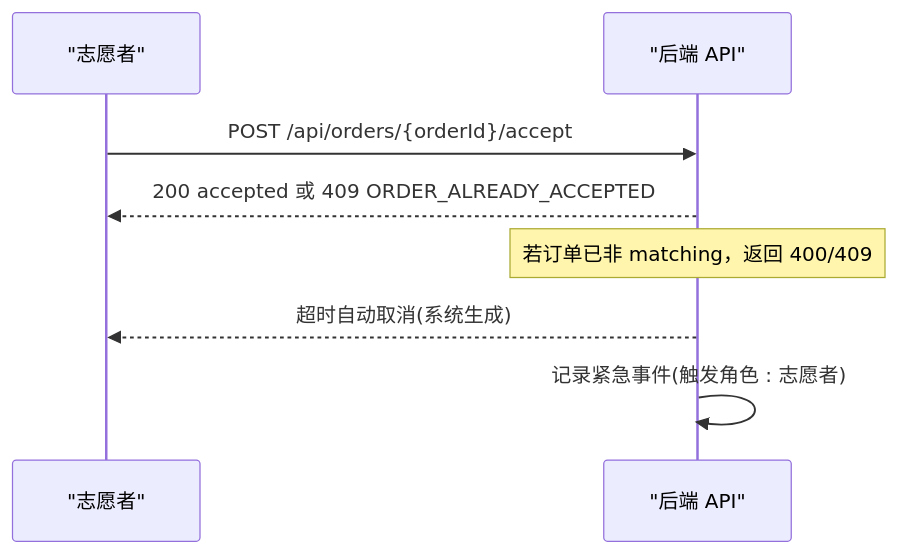
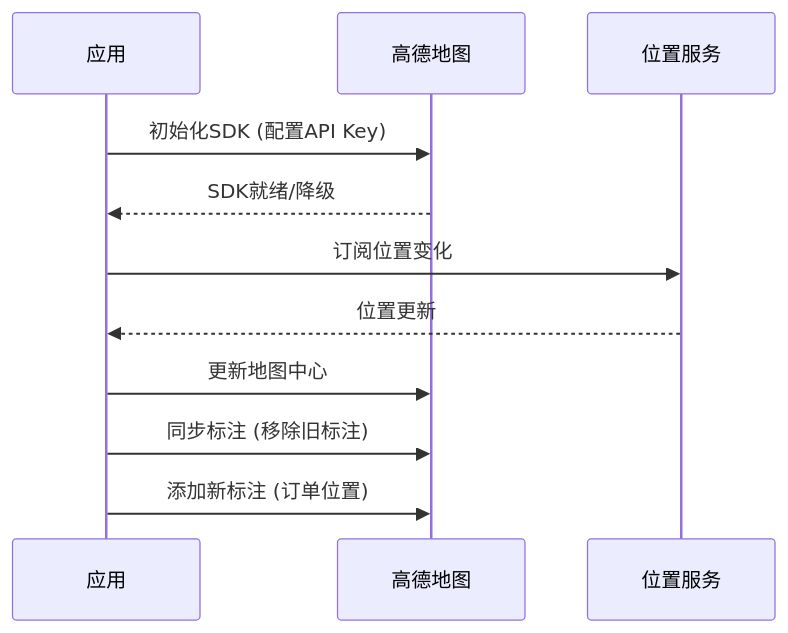
The ninth of 14 diagrams in .qoder/repowiki/zh/content/核心功能模块/志愿者功能/志愿者功能.md (Jayden23018/blind-run-ios), drawn with Mermaid before and after one commit. The commit also changed other lines of this file and 22 other files, not shown here.

````diff
--- a/.qoder/repowiki/zh/content/核心功能模块/志愿者功能/志愿者功能.md
+++ b/.qoder/repowiki/zh/content/核心功能模块/志愿者功能/志愿者功能.md
@@ -327,10 +499,13 @@
 ```mermaid
 sequenceDiagram
-participant V as "志愿者"
-participant API as "后端 API"
-V->>API : POST /api/orders/{orderId}/accept
-API-->>V : 200 accepted 或 409 ORDER_ALREADY_ACCEPTED
-Note over API : 若订单已非 matching，返回 400/409
-API-->>V : 超时自动取消(系统生成)
-API->>API : 记录紧急事件(触发角色 : 志愿者)
+participant App as 应用
+participant AMap as 高德地图
+participant Loc as 位置服务
+App->>AMap : 初始化SDK (配置API Key)
+AMap-->>App : SDK就绪/降级
+App->>Loc : 订阅位置变化
+Loc-->>App : 位置更新
+App->>AMap : 更新地图中心
+App->>AMap : 同步标注 (移除旧标注)
+App->>AMap : 添加新标注 (订单位置)
 ```
````
